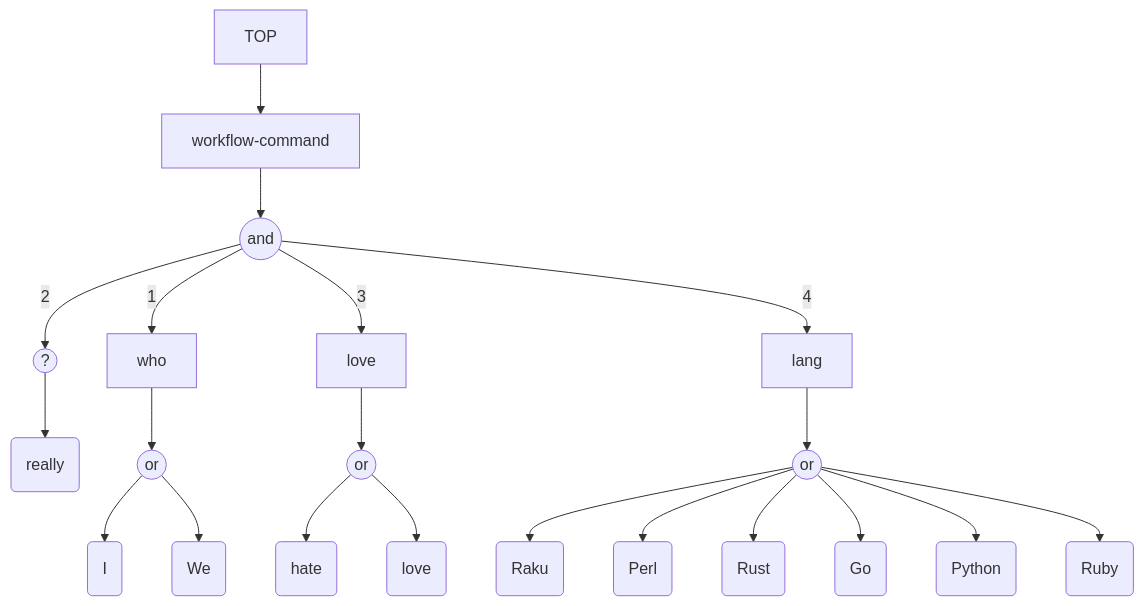
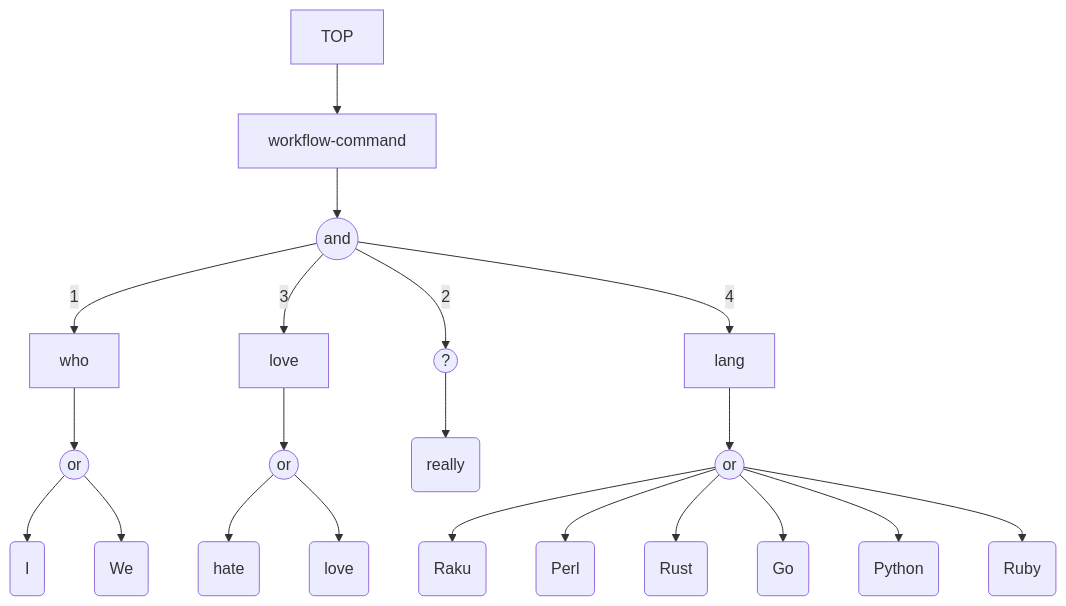
One commit to antononcube/RakuForPrediction-book changed the seventh of 10 diagrams in Articles/Graph-representation-of-grammars.md. Above: the diagram before and after it, drawn with Mermaid. The commit also changed other lines of this file and 1 other file, not shown here.

Commit message:
docs:Added LLMs section. Better diagrams and explanations.

````diff
--- a/Articles/Graph-representation-of-grammars.md
+++ b/Articles/Graph-representation-of-grammars.md
@@ -242,44 +257,44 @@
 ```mermaid
 graph TD
-	T:Python("Python")
+	T:Ruby("Ruby")
+	seq19((and))
+	T:Perl("Perl")
+	alt3((or))
+	alt11((or))
+	T:Rust("Rust")
 	T:Raku("Raku")
+	T:really("really")
+	NT:workflow-command["workflow-command"]
 	T:love("love")
-	T:We("We")
-	T:Perl("Perl")
-	NT:TOP["TOP"]
-	T:really("really")
-	seq19((and))
-	alt3((or))
+	alt15((or))
+	NT:lang["lang"]
 	T:Go("Go")
+	opt21((?))
 	T:I("I")
 	T:hate("hate")
-	NT:workflow-command["workflow-command"]
-	alt15((or))
-	alt11((or))
+	T:We("We")
+	NT:love["love"]
 	NT:who["who"]
-	T:Rust("Rust")
-	NT:lang["lang"]
-	NT:love["love"]
-	opt21((?))
-	T:Ruby("Ruby")
+	NT:TOP["TOP"]
+	T:Python("Python")
 	NT:TOP --> NT:workflow-command
 	alt3 --> T:Raku
 	alt3 --> T:Perl
 	alt3 --> T:Rust
 	alt3 --> T:Go
 	alt3 --> T:Python
 	alt3 --> T:Ruby
 	NT:lang --> alt3
 	alt11 --> T:hate
 	alt11 --> T:love
 	NT:love --> alt11
 	alt15 --> T:I
 	alt15 --> T:We
 	NT:who --> alt15
 	opt21 --> T:really
 	seq19 --> |1|NT:who
 	seq19 --> |2|opt21
 	seq19 --> |3|NT:love
 	seq19 --> |4|NT:lang
 	NT:workflow-command --> seq19
 ```
````
